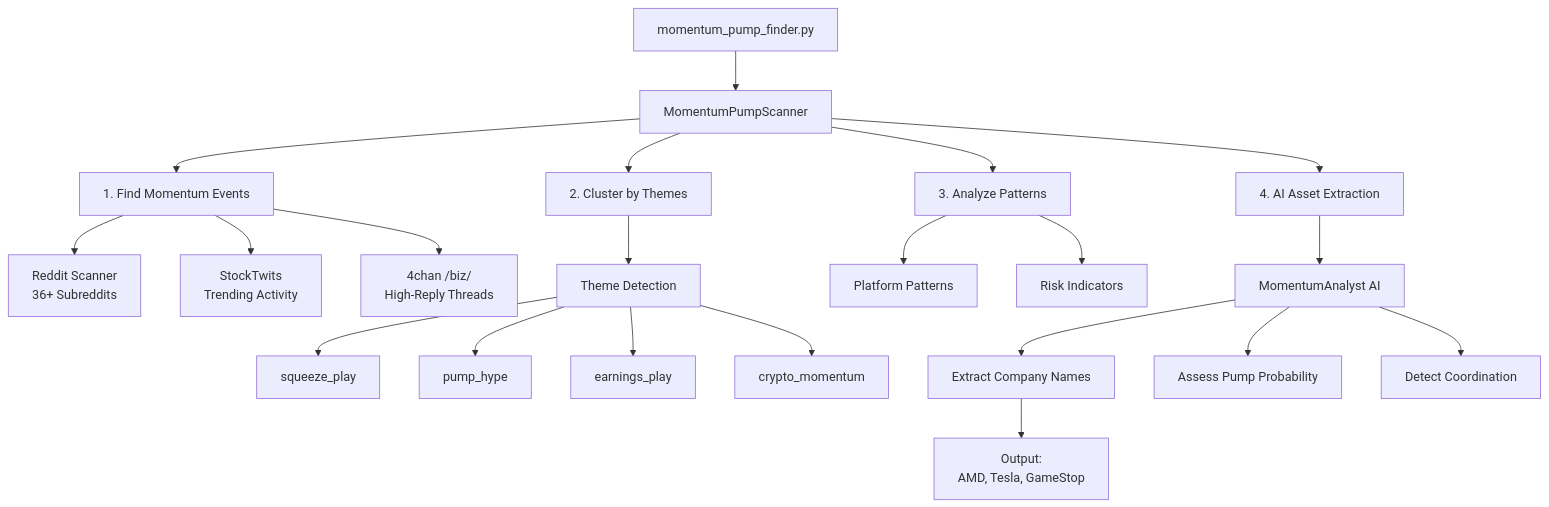
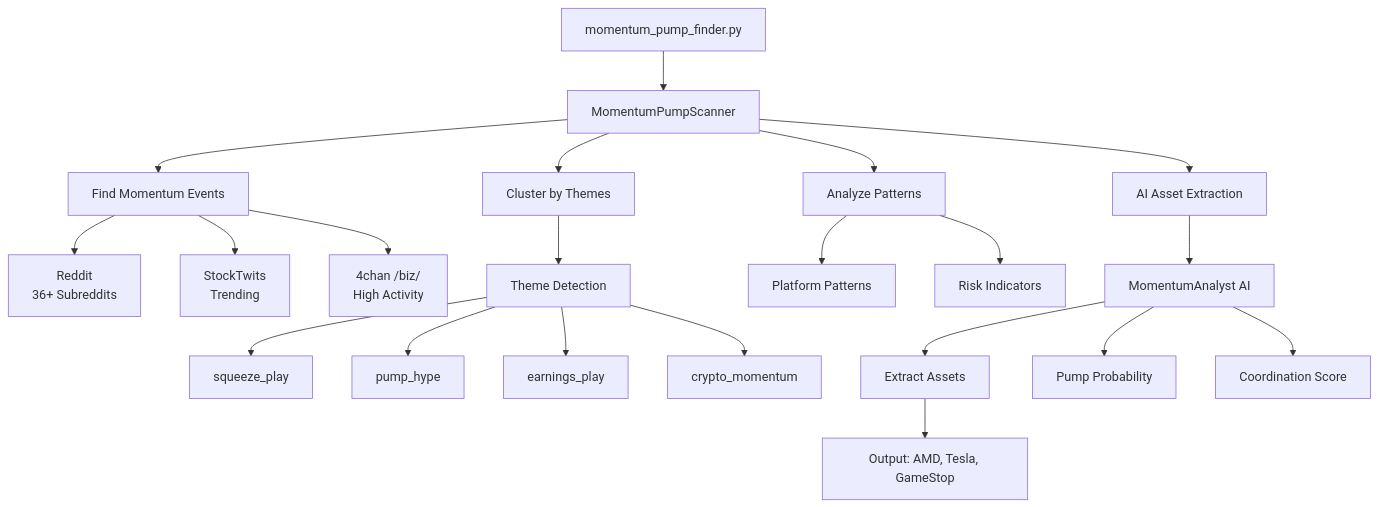
One commit to lodetomasi/the-intelligent-llm-investor changed the diagram in README.md. Above: the diagram before and after it, drawn with Mermaid.

````diff
--- a/README.md
+++ b/README.md
@@ -134,29 +134,29 @@
 ```mermaid
 graph TD
     A[momentum_pump_finder.py] --> B[MomentumPumpScanner]
     
-    B --> C["1. Find Momentum Events"]
-    B --> D["2. Cluster by Themes"]
-    B --> E["3. Analyze Patterns"]
-    B --> F["4. AI Asset Extraction"]
+    B --> C[Find Momentum Events]
+    B --> D[Cluster by Themes]
+    B --> E[Analyze Patterns]
+    B --> F[AI Asset Extraction]
     
-    C --> G["Reddit Scanner<br/>36+ Subreddits"]
-    C --> H["StockTwits<br/>Trending Activity"]
-    C --> I["4chan /biz/<br/>High-Reply Threads"]
+    C --> G["Reddit<br/>36+ Subreddits"]
+    C --> H["StockTwits<br/>Trending"]
+    C --> I["4chan /biz/<br/>High Activity"]
     
     D --> J[Theme Detection]
     J --> K[squeeze_play]
     J --> L[pump_hype]
     J --> M[earnings_play]
     J --> N[crypto_momentum]
     
     E --> O[Platform Patterns]
     E --> P[Risk Indicators]
     
     F --> Q[MomentumAnalyst AI]
-    Q --> R["Extract Company Names"]
-    Q --> S["Assess Pump Probability"]
-    Q --> T["Detect Coordination"]
+    Q --> R[Extract Assets]
+    Q --> S[Pump Probability]
+    Q --> T[Coordination Score]
     
-    R --> U["Output:<br/>AMD, Tesla, GameStop"]
+    R --> U["Output: AMD, Tesla, GameStop"]
 ```
````
